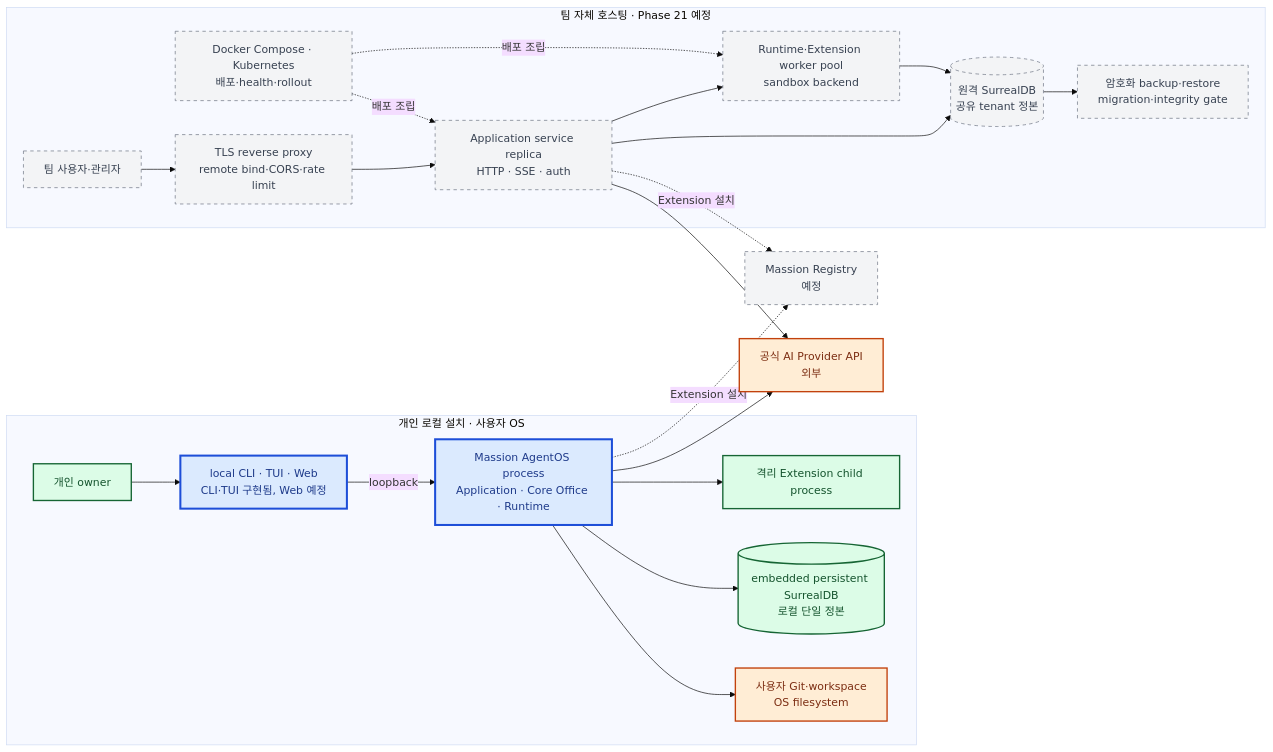
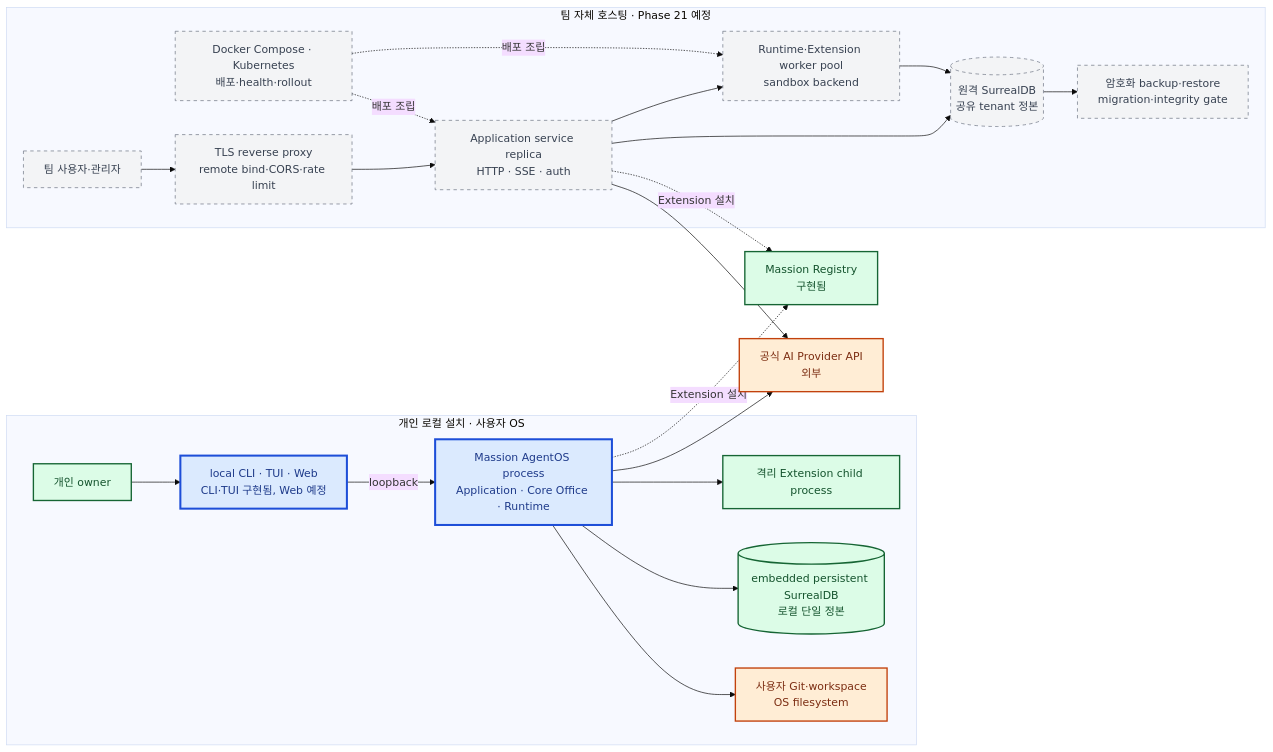
Before and after one commit to jabdori/massion: the tenth of 10 diagrams in docs/architecture/README.md, drawn with Mermaid (base theme). The commit also changed other lines of this file, not shown here.

Commit message:
docs(phase-20): record registry marketplace review

````diff
--- a/docs/architecture/README.md
+++ b/docs/architecture/README.md
@@ -581,48 +581,48 @@
 ```mermaid
 flowchart LR
   classDef implemented fill:#dcfce7,stroke:#166534,color:#14532d,stroke-width:2px;
   classDef implementing fill:#dbeafe,stroke:#1d4ed8,color:#1e3a8a,stroke-width:3px;
   classDef planned fill:#f3f4f6,stroke:#6b7280,color:#374151,stroke-width:1px,stroke-dasharray:5 5;
   classDef external fill:#ffedd5,stroke:#c2410c,color:#7c2d12,stroke-width:2px;
 
   subgraph Local["개인 로컬 설치 · 사용자 OS"]
     LocalUser["개인 owner"]:::implemented
     LocalSurface["local CLI · TUI · Web<br/>CLI·TUI 구현됨, Web 예정"]:::implementing
     LocalCore["Massion AgentOS process<br/>Application · Core Office · Runtime"]:::implementing
     LocalWorkers["격리 Extension child process"]:::implemented
     LocalDB[("embedded persistent SurrealDB<br/>로컬 단일 정본")]:::implemented
     LocalFiles["사용자 Git·workspace<br/>OS filesystem"]:::external
 
     LocalUser --> LocalSurface
     LocalSurface -->|loopback| LocalCore
     LocalCore --> LocalDB
     LocalCore --> LocalWorkers
     LocalCore --> LocalFiles
   end
 
   subgraph Team["팀 자체 호스팅 · Phase 21 예정"]
     TeamUsers["팀 사용자·관리자"]:::planned
     Proxy["TLS reverse proxy<br/>remote bind·CORS·rate limit"]:::planned
     Apps["Application service replica<br/>HTTP · SSE · auth"]:::planned
     RuntimePool["Runtime·Extension worker pool<br/>sandbox backend"]:::planned
     SharedDB[("원격 SurrealDB<br/>공유 tenant 정본")]:::planned
     Backup["암호화 backup·restore<br/>migration·integrity gate"]:::planned
     K8s["Docker Compose · Kubernetes<br/>배포·health·rollout"]:::planned
 
     TeamUsers --> Proxy
     Proxy --> Apps
     Apps --> RuntimePool
     Apps --> SharedDB
     RuntimePool --> SharedDB
     SharedDB --> Backup
     K8s -. "배포 조립" .-> Apps
     K8s -. "배포 조립" .-> RuntimePool
   end
 
-  Registry["Massion Registry<br/>예정"]:::planned
+  Registry["Massion Registry<br/>구현됨"]:::implemented
   Providers["공식 AI Provider API<br/>외부"]:::external
   LocalCore --> Providers
   Apps --> Providers
   LocalCore -. "Extension 설치" .-> Registry
   Apps -. "Extension 설치" .-> Registry
 ```
````
